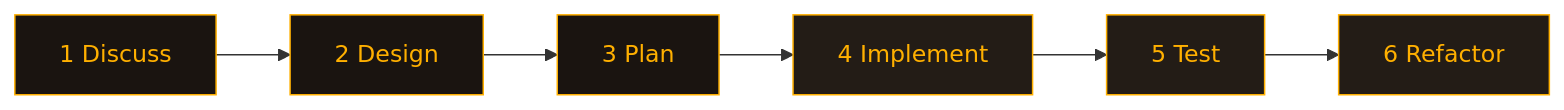
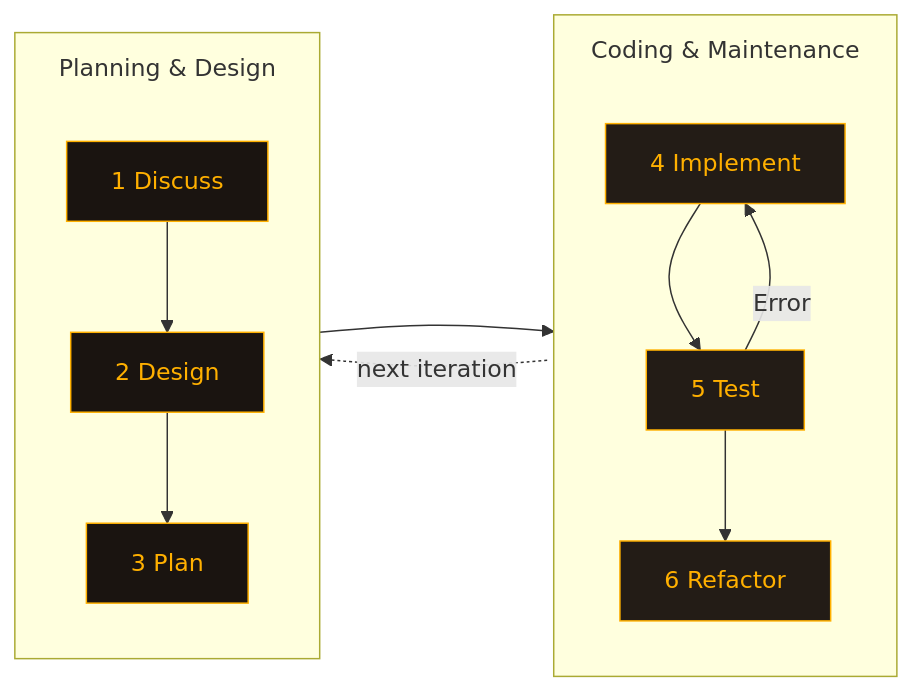
One commit to emboss/text-first-demo changed the diagram in README.md. Above: the diagram before and after it, drawn with Mermaid.

Commit message:
Use diagram from blog article

````diff
--- a/README.md
+++ b/README.md
@@ -13,14 +13,25 @@
 ```mermaid
 %%{init: {"themeCSS": ".edgePath .path, .flowchart-link { stroke: #c80 !important; } .arrowheadPath, marker path { fill: #c80 !important; stroke: #c80 !important; }"}}%%
-flowchart LR
-  discuss["1 Discuss"] --> design["2 Design"]
-  design --> plan["3 Plan"]
-  plan --> implement["4 Implement"]
-  implement --> test["5 Test"]
-  test --> refactor["6 Refactor"]
+%%{init: {"flowchart": {"subGraphTitleMargin": {"top": 12, "bottom": 24}}}}%%
+graph LR
+  subgraph before["Planning & Design"]
+    direction TB
+    discuss["1 Discuss"]:::node-strong --> design["2 Design"]:::node-strong --> plan["3 Plan"]:::node-strong
+  end
+  subgraph code["Coding & Maintenance"]
+    direction TB
+    implement["4 Implement"]:::node-soft --> test["5 Test"]:::node-soft
+    test --> refactor["6 Refactor"]:::node-soft
+    test -->|"Error"| implement
+  end
+  before --> code
+  %% Declared forward so the layout keeps Planning on the left; linkStyle then
+  %% drops the forward arrowhead. 6 = this link's position (0-based).
+  before <-.->|"next iteration"| code
+  linkStyle 6 marker-end:none
 
   classDef early fill:#1a1410,color:#ffb000,stroke:#ffb000;
   classDef late fill:#231c16,color:#ffb000,stroke:#ffb000;
   class discuss,design,plan early;
   class implement,test,refactor late;
 ```
````
